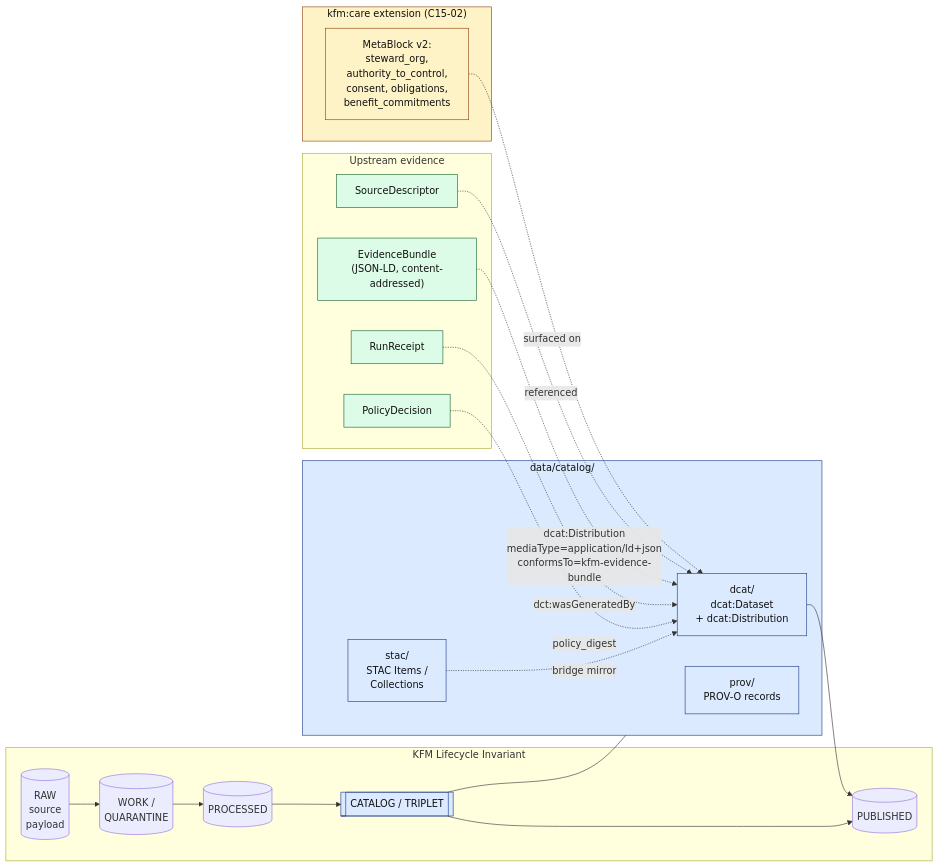
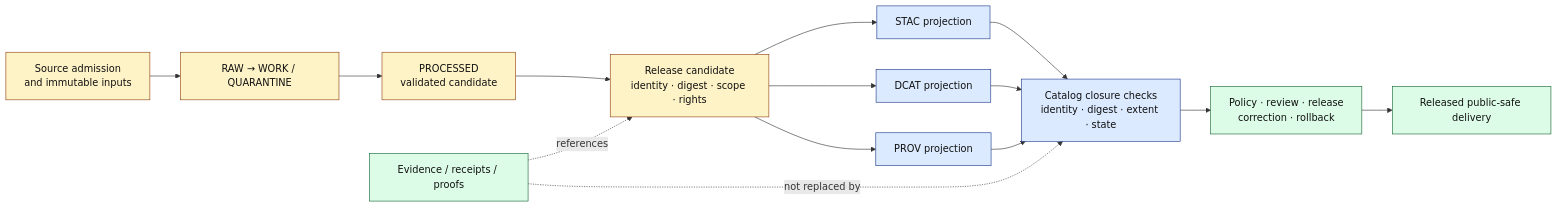
Before and after one commit to bartytime4life/Kansas-Frontier-Matrix: the first of 2 diagrams in docs/standards/DCAT.md, drawn with Mermaid. The commit also changed other lines of this file, not shown here.

Commit message:
docs(standards): ground DCAT profile and closure boundary

````diff
--- a/docs/standards/DCAT.md
+++ b/docs/standards/DCAT.md
@@ -148,46 +271,24 @@
 ```mermaid
 flowchart LR
-  subgraph LC["KFM Lifecycle Invariant"]
-    RAW[("RAW<br/>source<br/>payload")]
-    WQ[("WORK /<br/>QUARANTINE")]
-    PROC[("PROCESSED")]
-    CAT[["CATALOG / TRIPLET"]]
-    PUB[("PUBLISHED")]
-    RAW --> WQ --> PROC --> CAT --> PUB
-  end
+  SRC["Source admission<br/>and immutable inputs"] --> WQ["RAW → WORK / QUARANTINE"]
+  WQ --> PROC["PROCESSED<br/>validated candidate"]
+  PROC --> CAND["Release candidate<br/>identity · digest · scope · rights"]
+  CAND --> STAC["STAC projection"]
+  CAND --> DCAT["DCAT projection"]
+  CAND --> PROV["PROV projection"]
+  STAC --> CLOSE["Catalog closure checks<br/>identity · digest · extent · state"]
+  DCAT --> CLOSE
+  PROV --> CLOSE
+  CLOSE --> GATE["Policy · review · release<br/>correction · rollback"]
+  GATE --> PUB["Released public-safe delivery"]
 
-  subgraph CATSUB["data/catalog/"]
-    DCAT["dcat/<br/>dcat:Dataset<br/>+ dcat:Distribution"]
-    STAC["stac/<br/>STAC Items /<br/>Collections"]
-    PROV["prov/<br/>PROV-O records"]
-  end
+  EVID["Evidence / receipts / proofs"] -. references .-> CAND
+  EVID -. not replaced by .-> CLOSE
 
-  CAT --- CATSUB
-
-  subgraph EVID["Upstream evidence"]
-    SD["SourceDescriptor"]
-    EB["EvidenceBundle<br/>(JSON-LD, content-addressed)"]
-    RR["RunReceipt"]
-    PD["PolicyDecision"]
-  end
-
-  SD -. referenced .-> DCAT
-  EB -. dcat:Distribution<br/>mediaType=application/ld+json<br/>conformsTo=kfm-evidence-bundle .-> DCAT
-  RR -. dct:wasGeneratedBy .-> DCAT
-  PD -. policy_digest .-> DCAT
-
-  subgraph CARE["kfm:care extension (C15-02)"]
-    MB["MetaBlock v2:<br/>steward_org,<br/>authority_to_control,<br/>consent, obligations,<br/>benefit_commitments"]
-  end
-  MB -. surfaced on .-> DCAT
-
-  DCAT --> PUB
-  STAC -. bridge mirror .-> DCAT
-
-  classDef gov fill:#fef3c7,stroke:#92400e,color:#111
-  classDef cat fill:#dbeafe,stroke:#1e3a8a,color:#111
-  classDef evi fill:#dcfce7,stroke:#166534,color:#111
-  class CAT,CATSUB,DCAT,STAC,PROV cat
-  class SD,EB,RR,PD evi
-  class CARE,MB gov
+  classDef source fill:#fef3c7,stroke:#92400e,color:#111
+  classDef catalog fill:#dbeafe,stroke:#1e3a8a,color:#111
+  classDef trust fill:#dcfce7,stroke:#166534,color:#111
+  class SRC,WQ,PROC,CAND source
+  class STAC,DCAT,PROV,CLOSE catalog
+  class GATE,PUB,EVID trust
 ```
````
